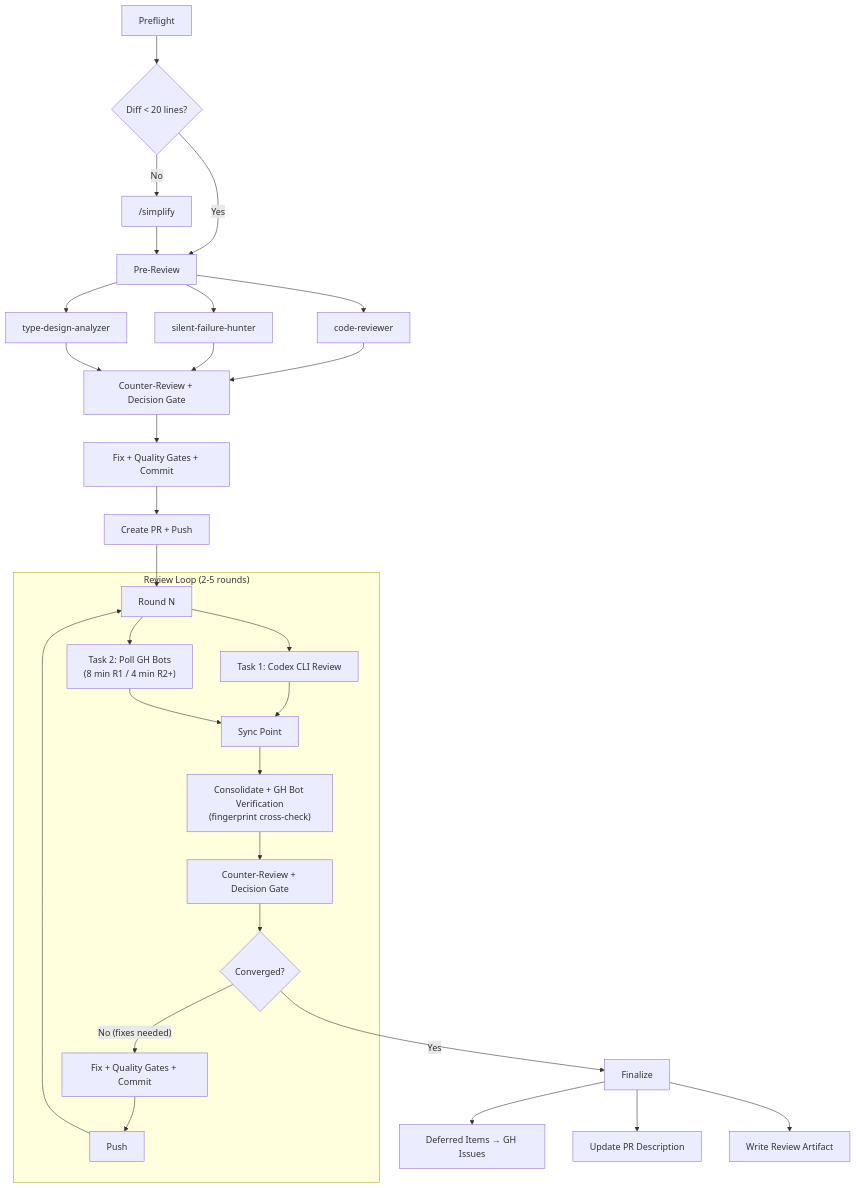
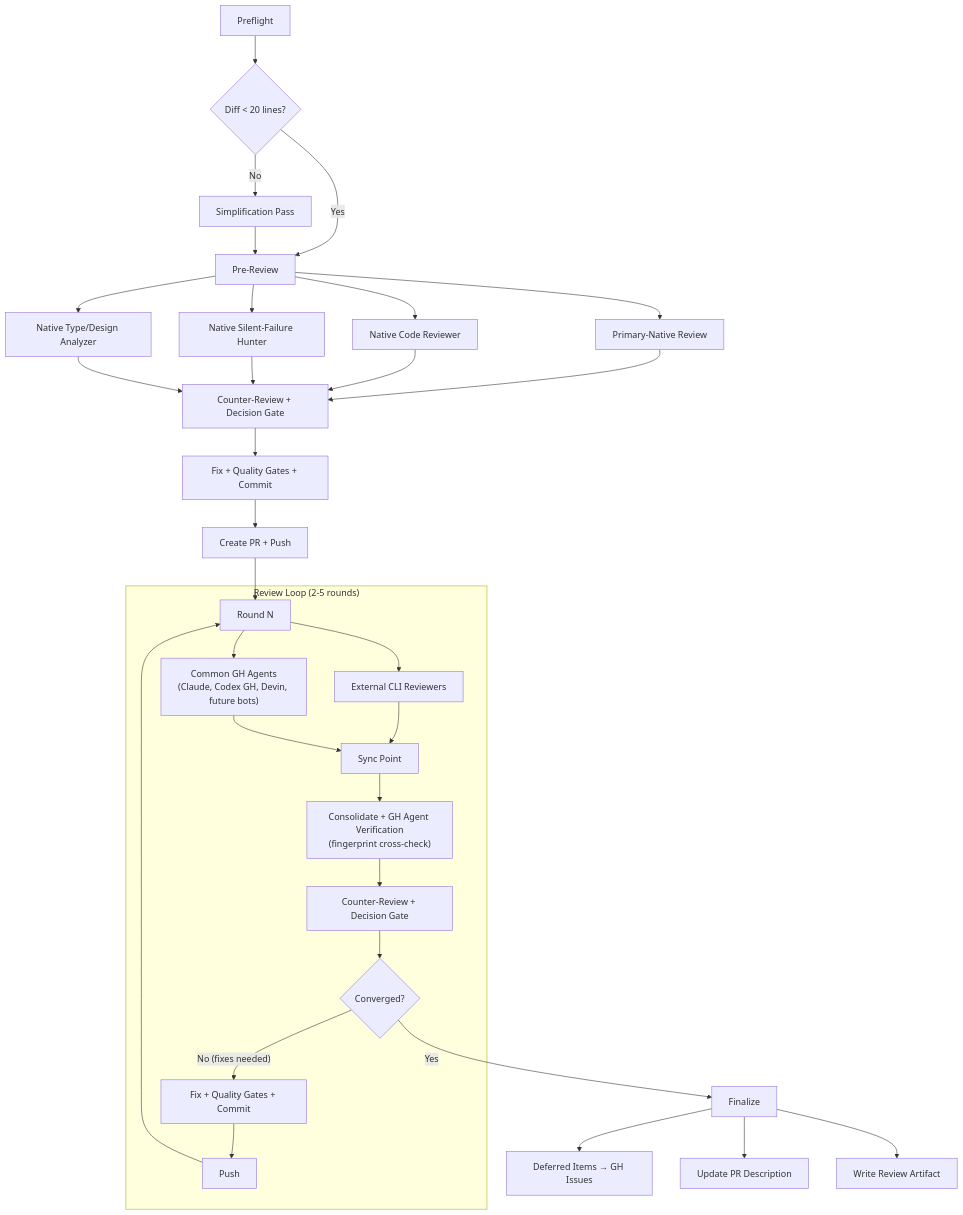
One commit to anbuneel/agentic-engineering changed the first of 8 diagrams in docs/SKILLS_GUIDE.md. Above: the diagram before and after it, drawn with Mermaid. The commit also changed other lines of this file and 14 other files, not shown here.

````diff
--- a/docs/SKILLS_GUIDE.md
+++ b/docs/SKILLS_GUIDE.md
@@ -19,33 +27,34 @@
 ```mermaid
 graph TD
     A[Preflight] --> B{Diff < 20 lines?}
     B -- Yes --> D[Pre-Review]
-    B -- No --> C["/simplify"]
+    B -- No --> C["Simplification Pass"]
     C --> D
 
-    D --> D1[code-reviewer]
-    D --> D2[silent-failure-hunter]
-    D --> D3[type-design-analyzer]
-    D1 & D2 & D3 --> E[Counter-Review + Decision Gate]
+    D --> D0[Primary-Native Review]
+    D --> D1[Native Code Reviewer]
+    D --> D2[Native Silent-Failure Hunter]
+    D --> D3[Native Type/Design Analyzer]
+    D0 & D1 & D2 & D3 --> E[Counter-Review + Decision Gate]
     E --> F[Fix + Quality Gates + Commit]
     F --> G[Create PR + Push]
 
     G --> H[Round N]
 
     subgraph "Review Loop (2-5 rounds)"
-        H --> I[Task 1: Codex CLI Review]
-        H --> J["Task 2: Poll GH Bots\n(8 min R1 / 4 min R2+)"]
+        H --> I[External CLI Reviewers]
+        H --> J["Common GH Agents\n(Claude, Codex GH, Devin, future bots)"]
         I & J --> K[Sync Point]
-        K --> L["Consolidate + GH Bot Verification\n(fingerprint cross-check)"]
+        K --> L["Consolidate + GH Agent Verification\n(fingerprint cross-check)"]
         L --> M[Counter-Review + Decision Gate]
         M --> N{Converged?}
         N -- "No (fixes needed)" --> O[Fix + Quality Gates + Commit]
         O --> P[Push]
         P --> H
     end
 
     N -- Yes --> Q[Finalize]
     Q --> R[Deferred Items → GH Issues]
     Q --> S[Update PR Description]
     Q --> T[Write Review Artifact]
 ```
````
